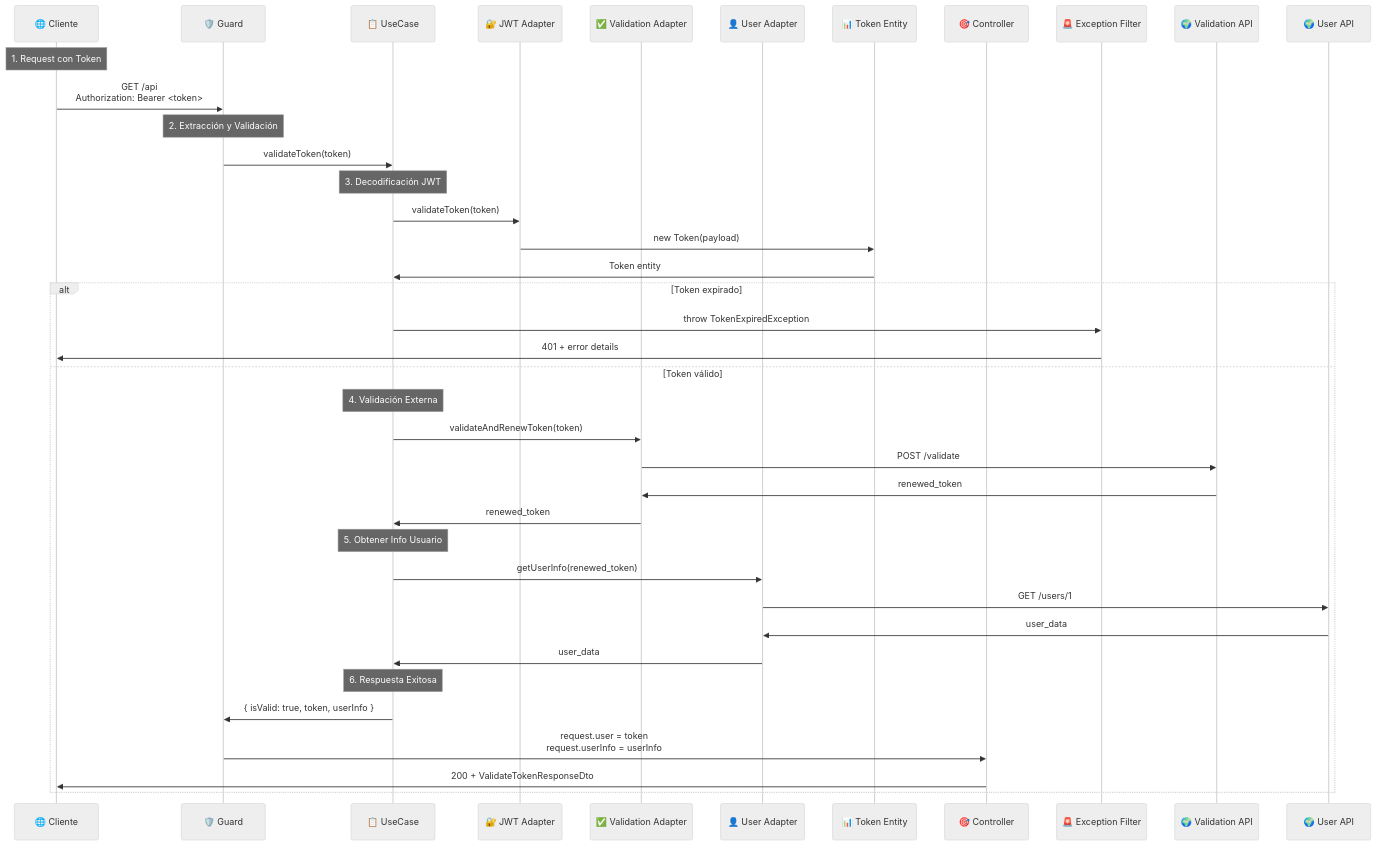
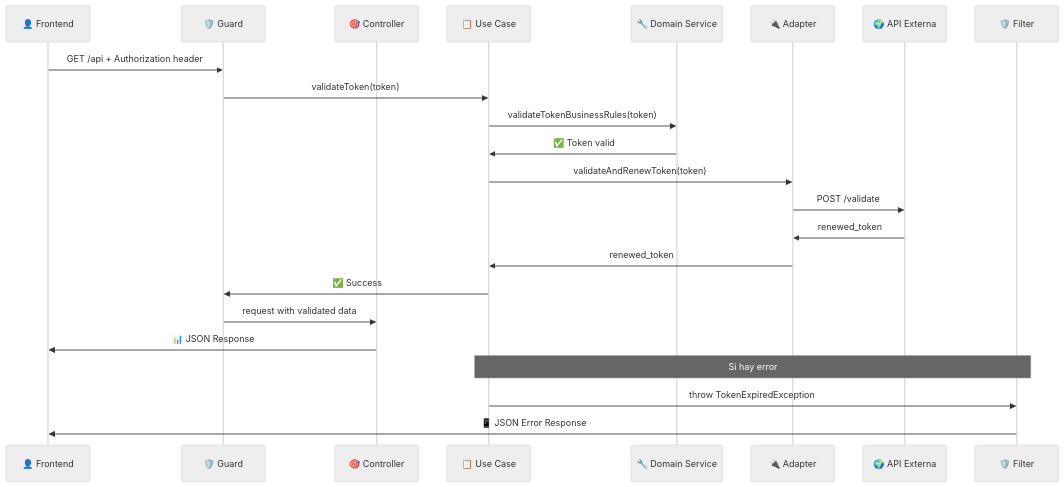
The third of 3 diagrams in README.md (GaianiMagali/BFF-NestJs), drawn with Mermaid (neutral theme) before and after one commit. The commit also changed other lines of this file and 46 other files, not shown here.

````diff
--- a/README.md
+++ b/README.md
@@ -97,47 +442,27 @@
 ```mermaid
 sequenceDiagram
-    participant C as 🌐 Cliente
+    participant FE as 👤 Frontend
     participant G as 🛡️ Guard
-    participant UC as 📋 UseCase
-    participant JWT as 🔐 JWT Adapter
-    participant VA as ✅ Validation Adapter
-    participant UA as 👤 User Adapter
-    participant E as 📊 Token Entity
-    participant Ctrl as 🎯 Controller
-    participant F as 🚨 Exception Filter
-    participant ExtAPI1 as 🌍 Validation API
-    participant ExtAPI2 as 🌍 User API
+    participant C as 🎯 Controller
+    participant UC as 📋 Use Case
+    participant DS as 🔧 Domain Service
+    participant A as 🔌 Adapter
+    participant API as 🌍 API Externa
+    participant F as 🛡️ Filter
 
-    Note over C: 1. Request con Token
-    C->>G: GET /api<br/>Authorization: Bearer <token>
+    FE->>G: GET /api + Authorization header
+    G->>UC: validateToken(token)
+    UC->>DS: validateTokenBusinessRules(token)
+    DS->>UC: ✅ Token valid
+    UC->>A: validateAndRenewToken(token)
+    A->>API: POST /validate
+    API->>A: renewed_token
+    A->>UC: renewed_token
+    UC->>G: ✅ Success
+    G->>C: request with validated data
+    C->>FE: 📊 JSON Response
     
-    Note over G: 2. Extracción y Validación
-    G->>UC: validateToken(token)
-    
-    Note over UC: 3. Decodificación JWT
-    UC->>JWT: validateToken(token)
-    JWT->>E: new Token(payload)
-    E->>UC: Token entity
-    
-    alt Token expirado
-        UC->>F: throw TokenExpiredException
-        F->>C: 401 + error details
-    else Token válido
-        Note over UC: 4. Validación Externa
-        UC->>VA: validateAndRenewToken(token)
-        VA->>ExtAPI1: POST /validate
-        ExtAPI1->>VA: renewed_token
-        VA->>UC: renewed_token
-        
-        Note over UC: 5. Obtener Info Usuario
-        UC->>UA: getUserInfo(renewed_token)
-        UA->>ExtAPI2: GET /users/1
-        ExtAPI2->>UA: user_data
-        UA->>UC: user_data
-        
-        Note over UC: 6. Respuesta Exitosa
-        UC->>G: { isValid: true, token, userInfo }
-        G->>Ctrl: request.user = token<br/>request.userInfo = userInfo
-        Ctrl->>C: 200 + ValidateTokenResponseDto
-    end
+    Note over UC,F: Si hay error
+    UC->>F: throw TokenExpiredException
+    F->>FE: 📱 JSON Error Response
 ```
````
